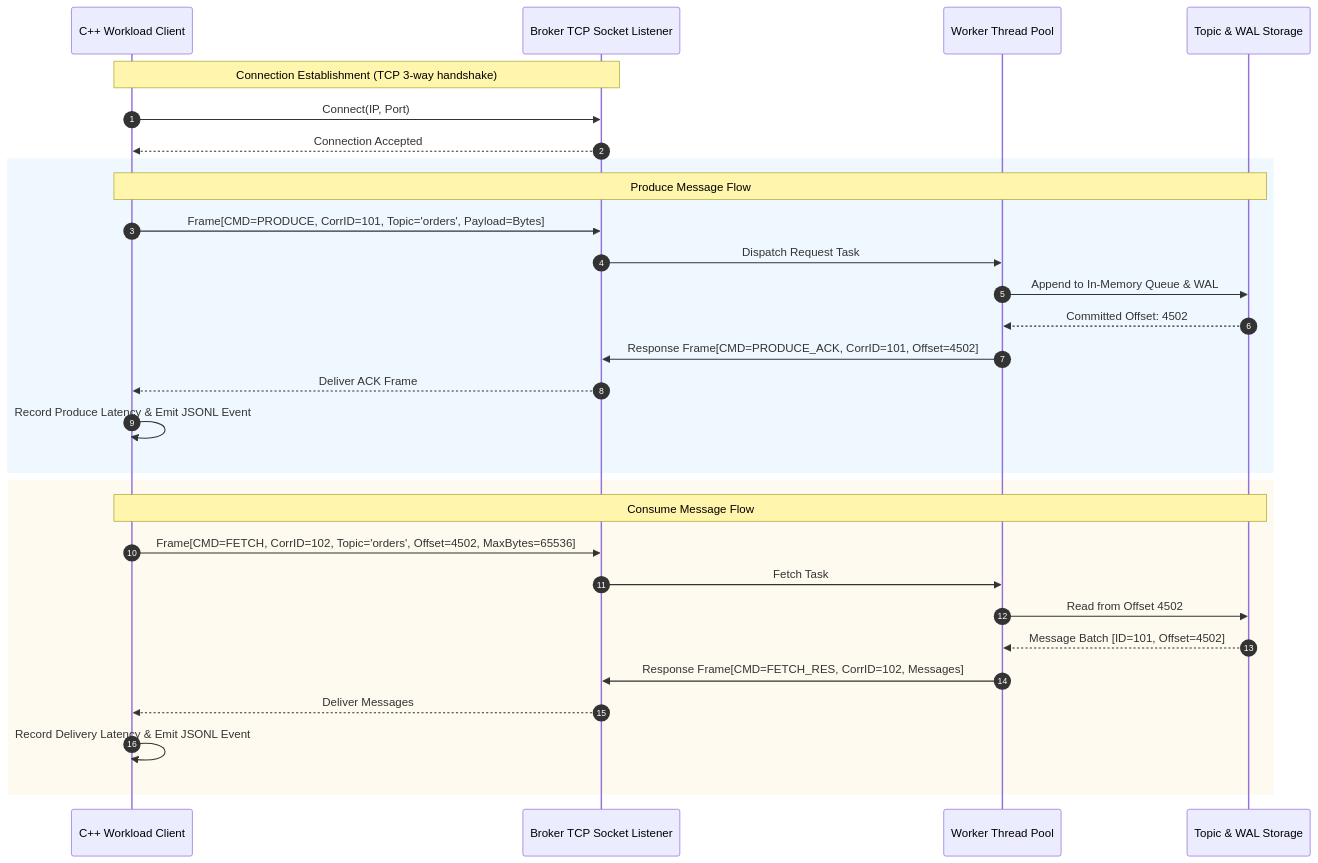
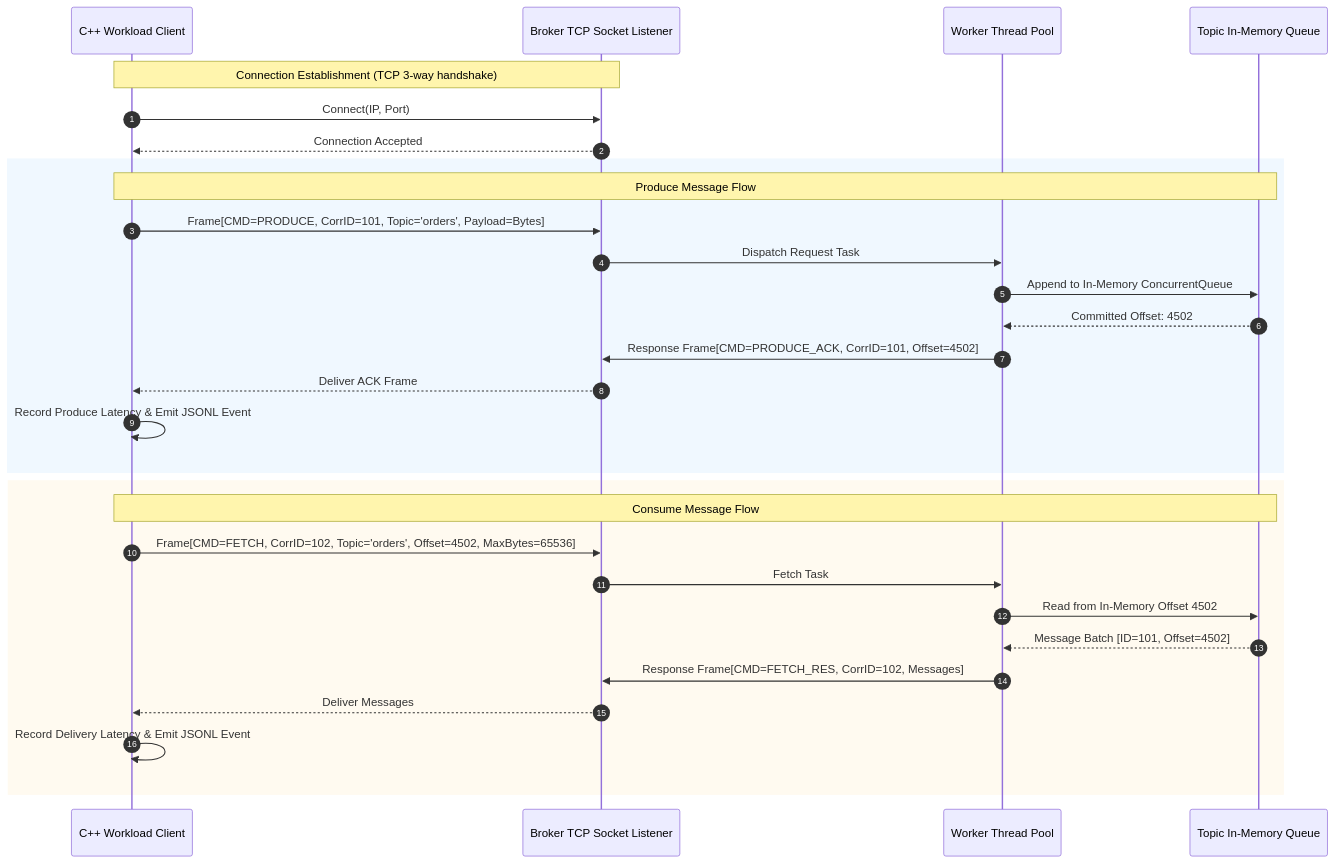
One commit to ansh0014/Hydra-Stream changed the fourth of 12 diagrams in docs/system-diagrams.md. Above: the diagram before and after it, drawn with Mermaid. The commit also changed other lines of this file, not shown here.

````diff
--- a/docs/system-diagrams.md
+++ b/docs/system-diagrams.md
@@ -156,34 +156,34 @@
 ```mermaid
 sequenceDiagram
     autonumber
     participant C as C++ Workload Client
     participant S as Broker TCP Socket Listener
     participant W as Worker Thread Pool
-    participant T as Topic & WAL Storage
+    participant T as Topic In-Memory Queue
 
     Note over C,S: Connection Establishment (TCP 3-way handshake)
     C->>S: Connect(IP, Port)
     S-->>C: Connection Accepted
 
     rect rgb(240, 248, 255)
         Note over C,T: Produce Message Flow
         C->>S: Frame[CMD=PRODUCE, CorrID=101, Topic='orders', Payload=Bytes]
         S->>W: Dispatch Request Task
-        W->>T: Append to In-Memory Queue & WAL
+        W->>T: Append to In-Memory ConcurrentQueue
         T-->>W: Committed Offset: 4502
         W->>S: Response Frame[CMD=PRODUCE_ACK, CorrID=101, Offset=4502]
         S-->>C: Deliver ACK Frame
         C->>C: Record Produce Latency & Emit JSONL Event
     end
 
     rect rgb(255, 250, 240)
         Note over C,T: Consume Message Flow
         C->>S: Frame[CMD=FETCH, CorrID=102, Topic='orders', Offset=4502, MaxBytes=65536]
         S->>W: Fetch Task
-        W->>T: Read from Offset 4502
+        W->>T: Read from In-Memory Offset 4502
         T-->>W: Message Batch [ID=101, Offset=4502]
         W->>S: Response Frame[CMD=FETCH_RES, CorrID=102, Messages]
         S-->>C: Deliver Messages
         C->>C: Record Delivery Latency & Emit JSONL Event
     end
 ```
````
